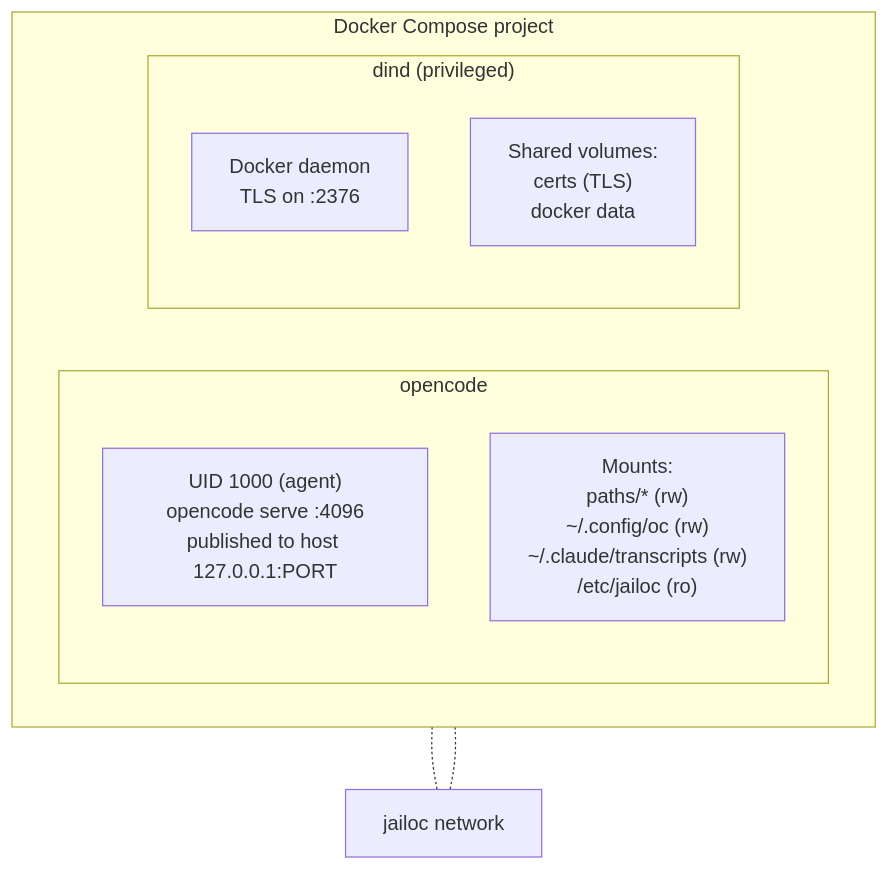
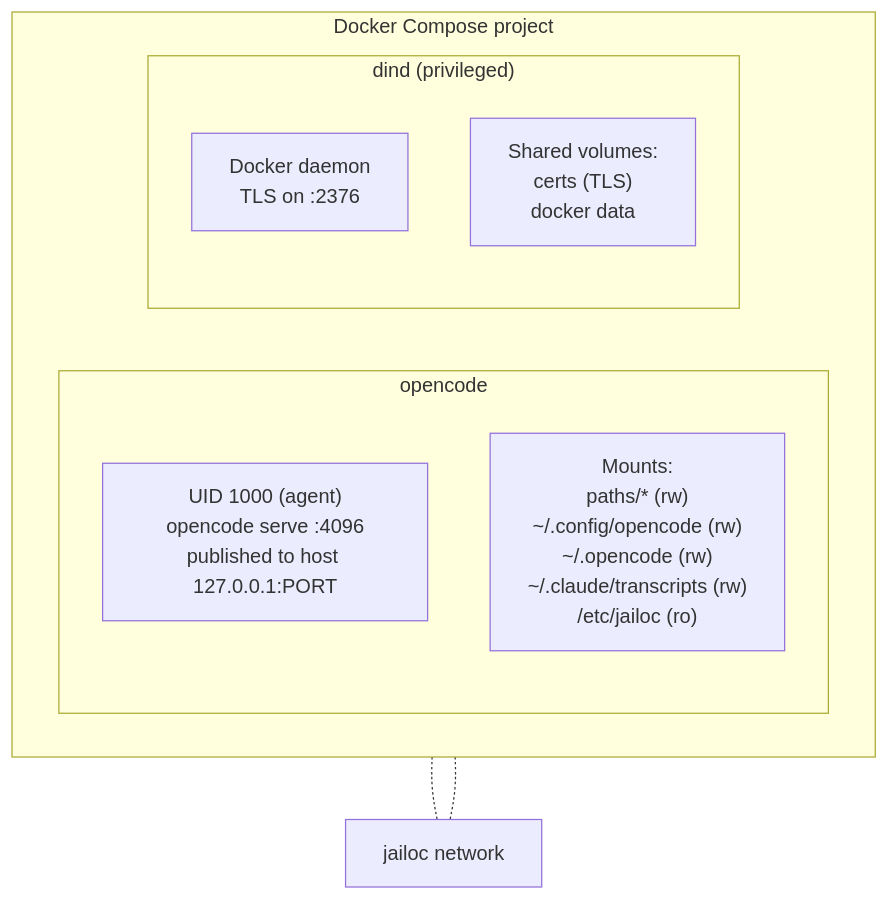
The diagram in docs/explanation/container-architecture.md (seznam/jailoc), drawn with Mermaid before and after one commit. The commit also changed 4 other files, not shown here.

Commit message:
fix(review): fix broken table, expand diagram paths, clarify host isolation, fix indentation

````diff
--- a/docs/explanation/container-architecture.md
+++ b/docs/explanation/container-architecture.md
@@ -9,19 +9,19 @@
 ```mermaid
 flowchart TB
   subgraph compose["Docker Compose project"]
     direction LR
     subgraph oc["opencode"]
       direction TB
       oc_uid["UID 1000 (agent)<br>opencode serve :4096<br>published to host 127.0.0.1:PORT"]
-      oc_mounts["Mounts:<br>paths/* (rw)<br>~/.config/oc (rw)<br>~/.claude/transcripts (rw)<br>/etc/jailoc (ro)"]
+      oc_mounts["Mounts:<br>paths/* (rw)<br>~/.config/opencode (rw)<br>~/.opencode (rw)<br>~/.claude/transcripts (rw)<br>/etc/jailoc (ro)"]
     end
     subgraph dind["dind (privileged)"]
       direction TB
       dind_daemon["Docker daemon<br>TLS on :2376"]
       dind_vols["Shared volumes:<br>certs (TLS)<br>docker data"]
     end
   end
 
   oc -.- net["jailoc network"]
     dind -.- net
 ```
````
